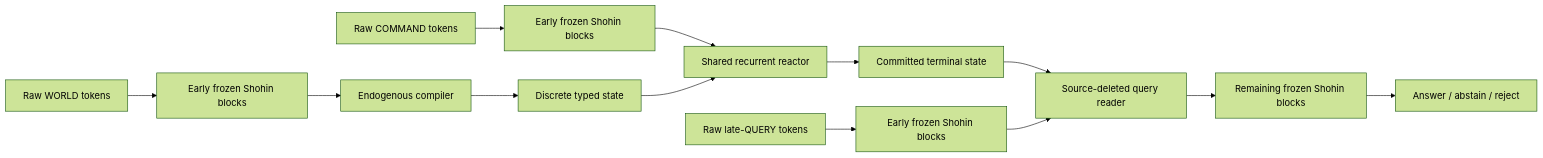
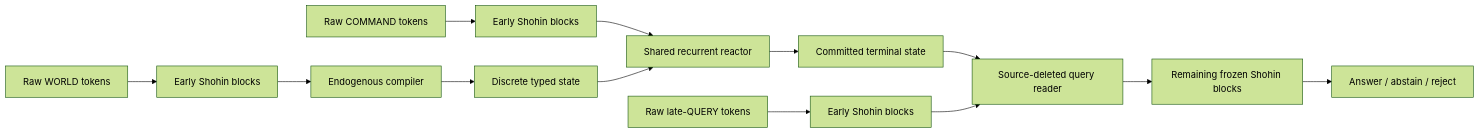
One commit to GodlyDonuts/shohin-ettr changed the diagram in SHOHIN.md. Above: the diagram before and after it, drawn with Mermaid (forest theme). The commit also changed other lines of this file, not shown here.

Commit message:
Document complete Shohin ETTR architecture

````diff
--- a/SHOHIN.md
+++ b/SHOHIN.md
@@ -20,15 +37,15 @@
 ```mermaid
 flowchart LR
-    W["Raw WORLD tokens"] --> B1["Early frozen Shohin blocks"]
-    C["Raw COMMAND tokens"] --> B2["Early frozen Shohin blocks"]
-    Q["Raw late-QUERY tokens"] --> B3["Early frozen Shohin blocks"]
+    W["Raw WORLD tokens"] --> B1["Early Shohin blocks"]
+    C["Raw COMMAND tokens"] --> B2["Early Shohin blocks"]
+    Q["Raw late-QUERY tokens"] --> B3["Early Shohin blocks"]
     B1 --> COMP["Endogenous compiler"]
     COMP --> S0["Discrete typed state"]
     B2 --> REACT["Shared recurrent reactor"]
     S0 --> REACT
     REACT --> ST["Committed terminal state"]
     ST --> READ["Source-deleted query reader"]
     B3 --> READ
     READ --> D["Remaining frozen Shohin blocks"]
     D --> A["Answer / abstain / reject"]
 ```
````
